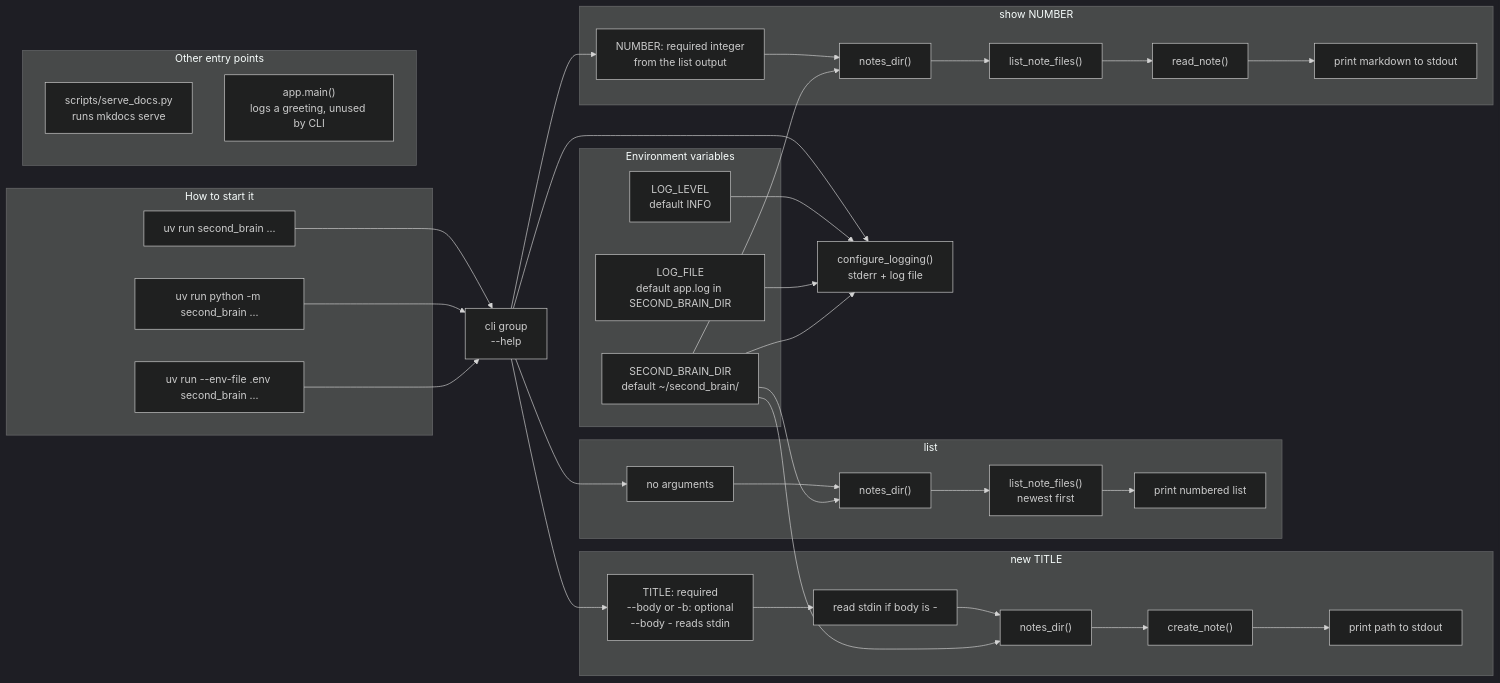
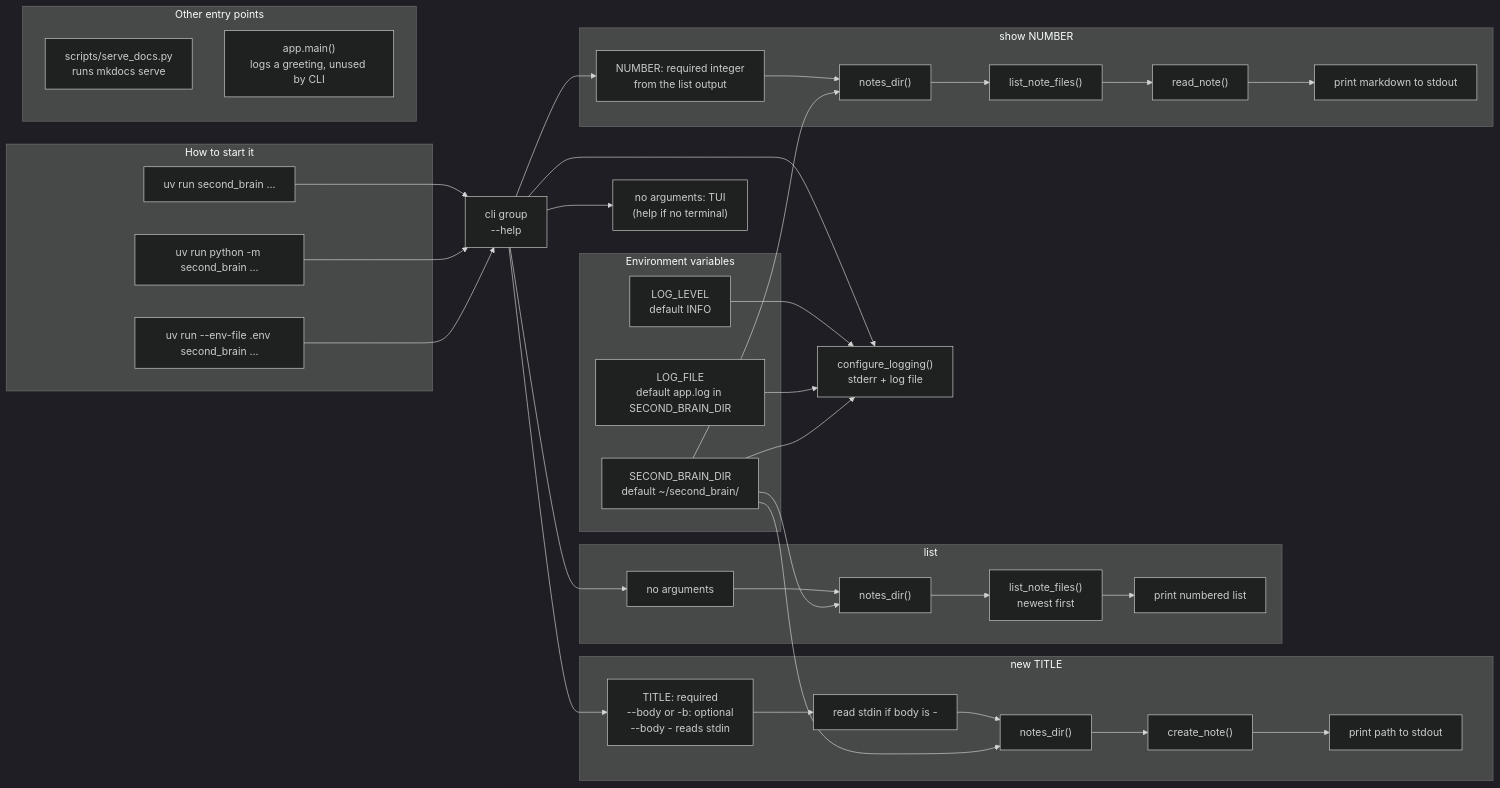
One commit to gillieo/sb-oct changed the second of 3 diagrams in docs/diagrams.md. Above: the diagram before and after it, drawn with Mermaid (dark theme). The commit also changed other lines of this file and 3 other files, not shown here.

````diff
--- a/docs/diagrams.md
+++ b/docs/diagrams.md
@@ -98,65 +113,67 @@
 ```mermaid
 flowchart LR
     subgraph launch["How to start it"]
         a1["uv run second_brain ..."]
         a2["uv run python -m second_brain ..."]
         a3["uv run --env-file .env second_brain ..."]
     end
 
     subgraph env["Environment variables"]
         e1["SECOND_BRAIN_DIR<br/>default ~/second_brain/"]
         e2["LOG_LEVEL<br/>default INFO"]
         e3["LOG_FILE<br/>default app.log in SECOND_BRAIN_DIR"]
     end
 
     group["cli group<br/>--help"]
+    tui["no arguments: TUI<br/>(help if no terminal)"]
     logging["configure_logging()<br/>stderr + log file"]
 
     subgraph new_cmd["new TITLE"]
         n_args["TITLE: required<br/>--body or -b: optional<br/>--body - reads stdin"]
         n1["read stdin if body is -"]
         n2["notes_dir()"]
         n3["create_note()"]
         n4["print path to stdout"]
     end
 
     subgraph list_cmd["list"]
         l_args["no arguments"]
         l1["notes_dir()"]
         l2["list_note_files()<br/>newest first"]
         l3["print numbered list"]
     end
 
     subgraph show_cmd["show NUMBER"]
         s_args["NUMBER: required integer<br/>from the list output"]
         s1["notes_dir()"]
         s2["list_note_files()"]
         s3["read_note()"]
         s4["print markdown to stdout"]
     end
 
     subgraph other["Other entry points"]
         o1["scripts/serve_docs.py<br/>runs mkdocs serve"]
         o2["app.main()<br/>logs a greeting, unused by CLI"]
     end
 
     a1 --> group
     a2 --> group
     a3 --> group
     group --> logging
+    group --> tui
     e2 --> logging
     e3 --> logging
     e1 --> logging
 
     group --> n_args
     group --> l_args
     group --> s_args
 
     n_args --> n1 --> n2 --> n3 --> n4
     l_args --> l1 --> l2 --> l3
     s_args --> s1 --> s2 --> s3 --> s4
 
     e1 --> n2
     e1 --> l1
     e1 --> s1
 ```
````
